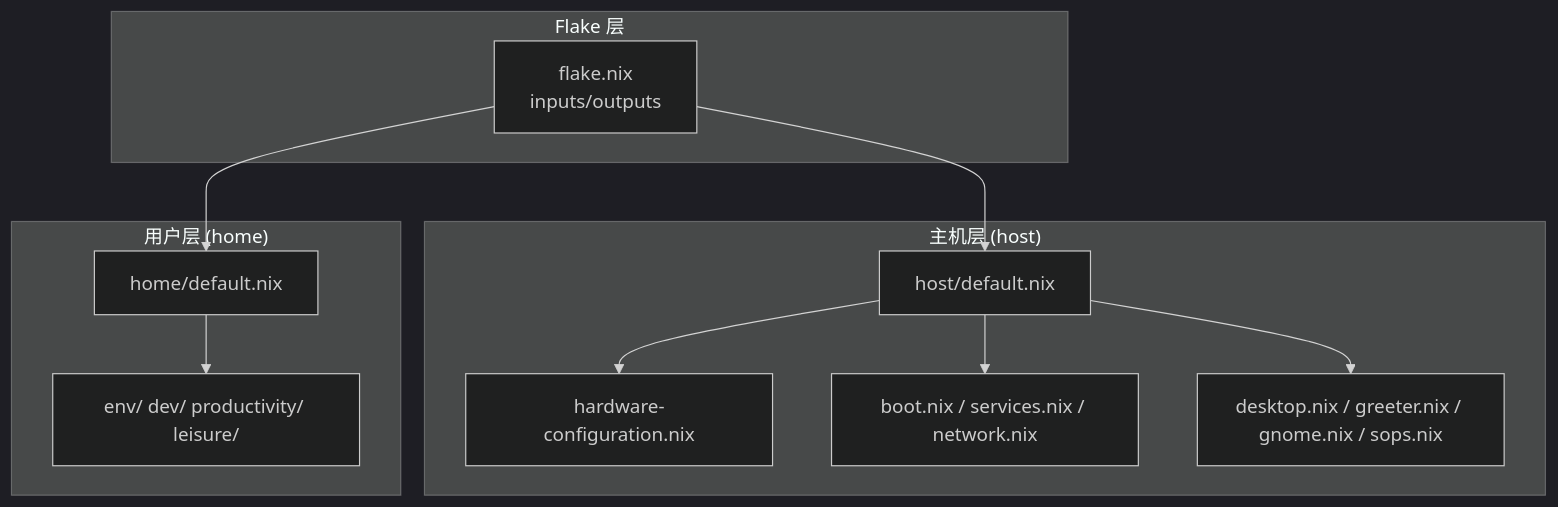
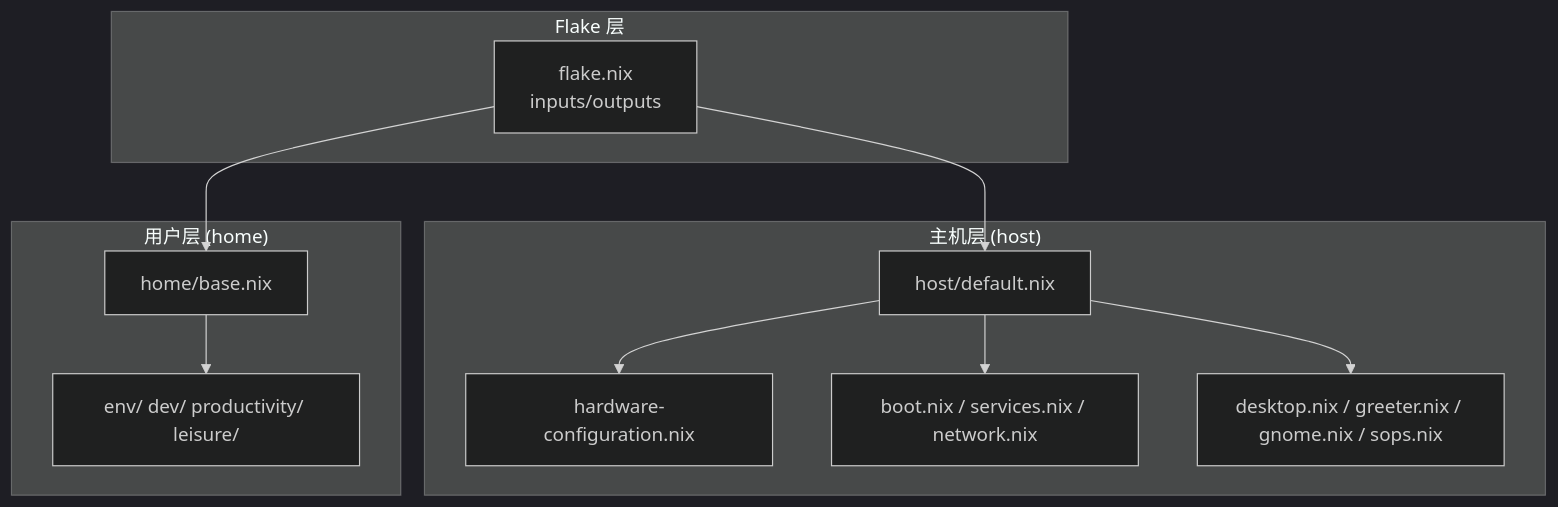
Before and after one commit to Shangshui0302/myNixOSConfig: the first of 3 diagrams in wiki/architecture/index.md, drawn with Mermaid (dark theme). The commit also changed other lines of this file and 53 other files, not shown here.

````diff
--- a/wiki/architecture/index.md
+++ b/wiki/architecture/index.md
@@ -33,22 +33,22 @@
 ```mermaid
 graph TB
 subgraph "Flake 层"
 F["flake.nix<br/>inputs/outputs"]
 end
 subgraph "主机层 (host)"
 H1["host/default.nix"]
 H2["hardware-configuration.nix"]
 H3["boot.nix / services.nix / network.nix"]
 H4["desktop.nix / greeter.nix / gnome.nix / sops.nix"]
 end
 subgraph "用户层 (home)"
-U1["home/default.nix"]
+U1["home/base.nix"]
 U2["env/ dev/ productivity/ leisure/"]
 end
 F --> H1
 H1 --> H2
 H1 --> H3
 H1 --> H4
 F --> U1
 U1 --> U2
 ```
````
